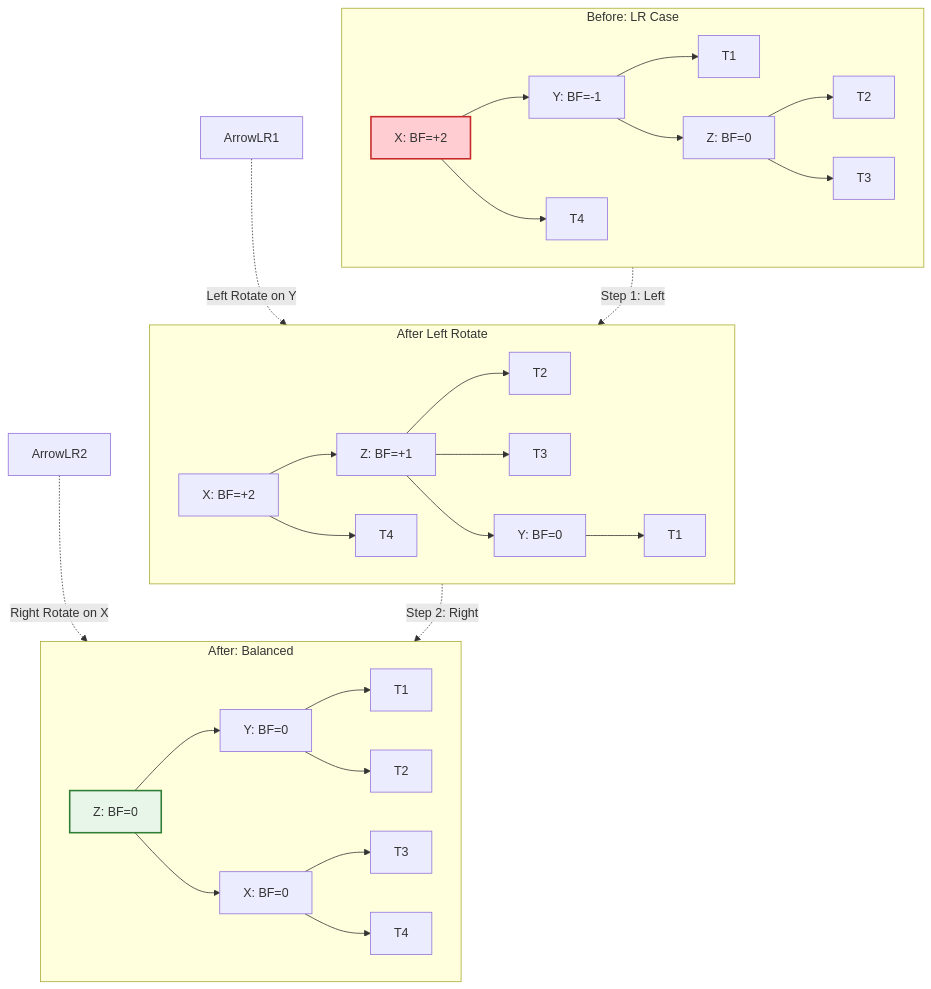
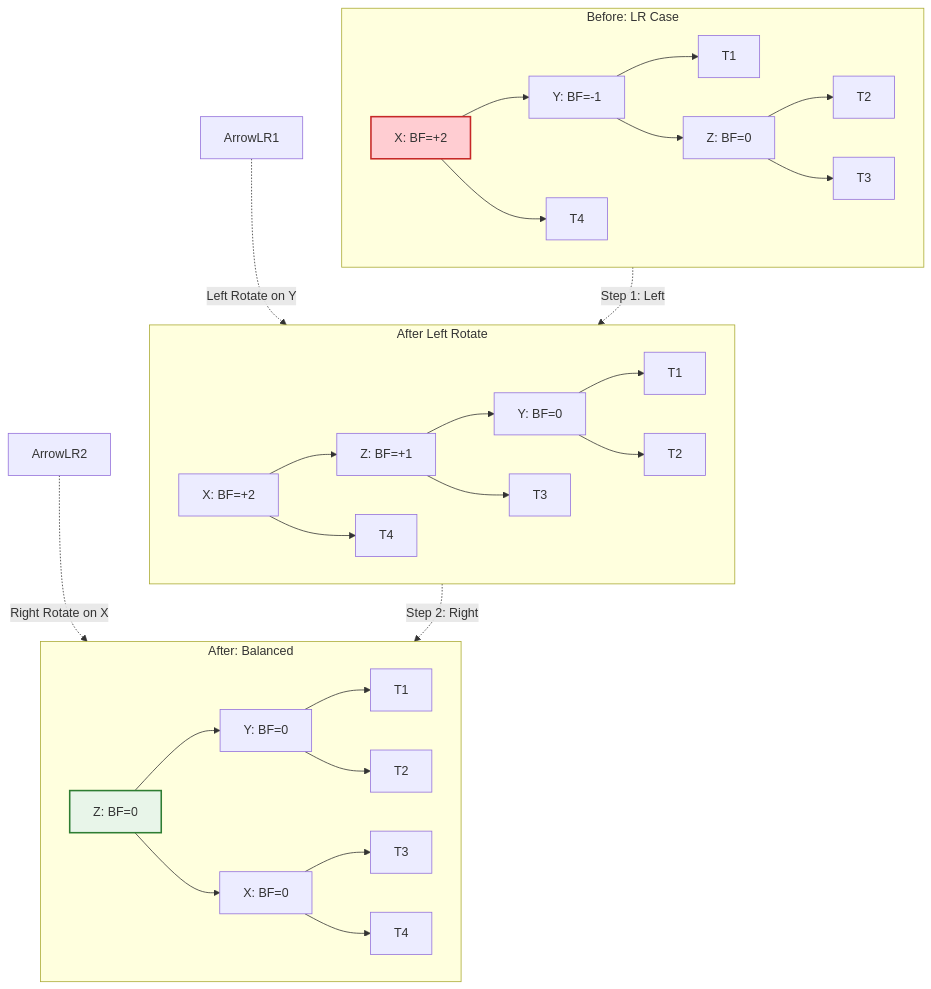
Before and after one commit to imyash0722/SEM3-DSA-UE25CS52A-STUDY-MATERIAL: the fourth of 6 diagrams in site/docs/unit3/theory/unit3_07_avl_trees.md, drawn with Mermaid. The commit also changed other lines of this file and 113 other files, not shown here.

Commit message:
Fix Mermaid diagram syntax, dark mode readability, algorithmic visualizations, and update site build

````diff
--- a/site/docs/unit3/theory/unit3_07_avl_trees.md
+++ b/site/docs/unit3/theory/unit3_07_avl_trees.md
@@ -96,38 +96,38 @@
 ```mermaid
 graph TD
     subgraph LRBefore[Before: LR Case]
         X1[X: BF=+2] --> Y1[Y: BF=-1]
         X1 --> T41[T4]
         Y1 --> T11[T1]
         Y1 --> Z1[Z: BF=0]
         Z1 --> T21[T2]
         Z1 --> T31[T3]
     end
     
     ArrowLR1 -.->|Left Rotate on Y| LRMid
     
     subgraph LRMid[After Left Rotate]
         X2[X: BF=+2] --> Z2[Z: BF=+1]
         X2 --> T42[T4]
-        Z2 --> T22[T2]
+        Z2 --> Y2[Y: BF=0]
         Z2 --> T32[T3]
-        Z2 --> Y2[Y: BF=0]
         Y2 --> T12[T1]
+        Y2 --> T22[T2]
     end
     
     ArrowLR2 -.->|Right Rotate on X| LRAfter
     
     subgraph LRAfter[After: Balanced]
         Z3[Z: BF=0] --> Y3[Y: BF=0]
         Z3 --> X3[X: BF=0]
         Y3 --> T13[T1]
         Y3 --> T23[T2]
         X3 --> T33[T3]
         X3 --> T43[T4]
     end
     
     LRBefore -.->|Step 1: Left| LRMid -.->|Step 2: Right| LRAfter
     
     style X1 fill:#ffcdd2,stroke:#c62828,stroke-width:2px
     style Z3 fill:#e8f5e9,stroke:#2e7d32,stroke-width:2px
 ```
````
